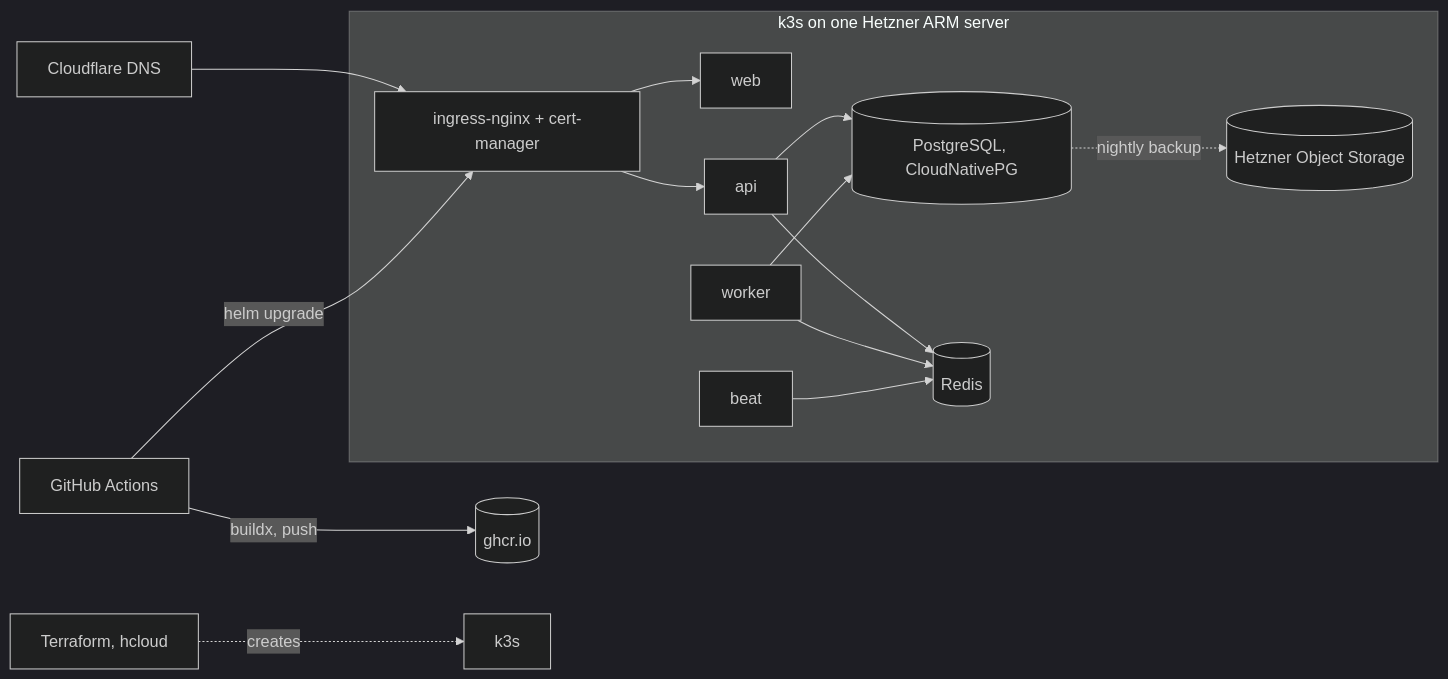
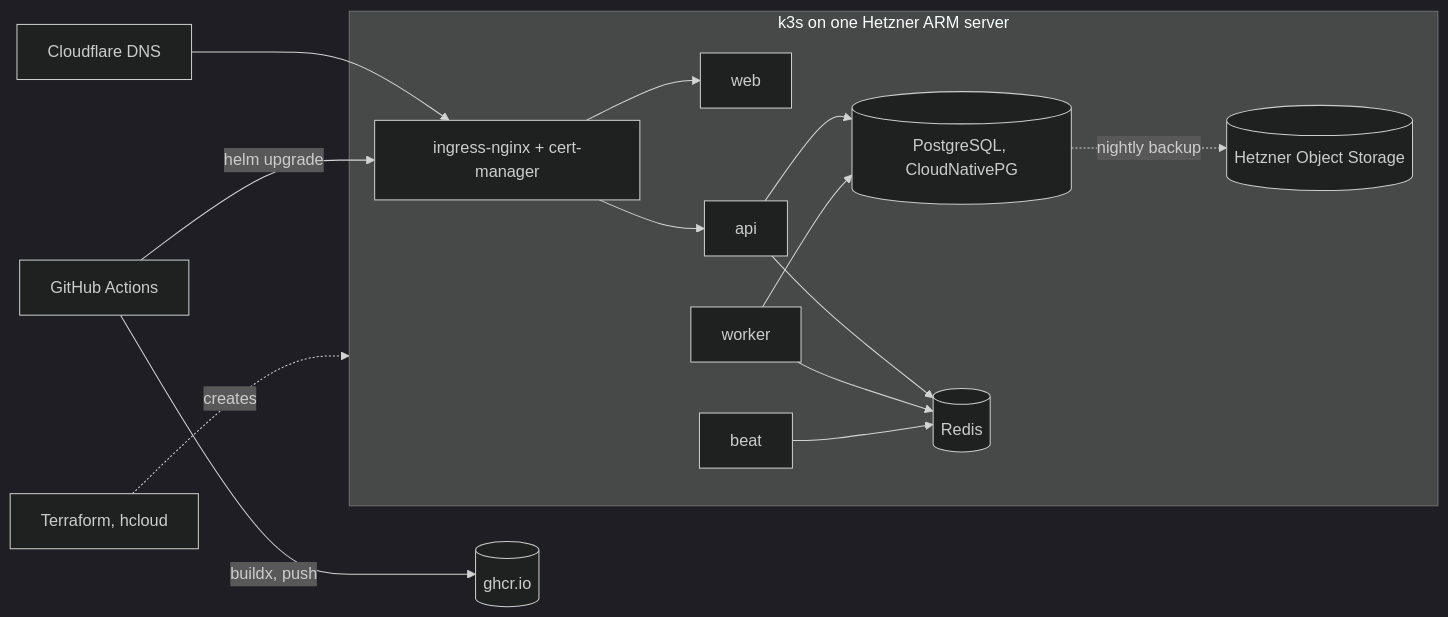
Before and after one commit to AlitalipSever/travel-agency: the sixth of 6 diagrams in docs/02-architecture.md, drawn with Mermaid (dark theme). The commit also changed other lines of this file and 2 other files, not shown here.

First line of the commit message:
Diagrams drawn as plain Mermaid flowcharts for renderer compatibility

````diff
--- a/docs/02-architecture.md
+++ b/docs/02-architecture.md
@@ -317,17 +325,17 @@
 ```mermaid
 flowchart LR
-  dns[Cloudflare DNS] --> ing[ingress-nginx + cert-manager]
-  subgraph k3s on one Hetzner ARM server
-    ing --> web
-    ing --> api
-    api --> pg[(PostgreSQL, CloudNativePG)]
-    api --> redis[(Redis)]
-    worker --> redis
+  dns["Cloudflare DNS"] --> ing["ingress-nginx + cert-manager"]
+  subgraph node["k3s on one Hetzner ARM server"]
+    ing --> web["web"]
+    ing --> api["api"]
+    api --> pg[("PostgreSQL, CloudNativePG")]
+    api --> redis[("Redis")]
+    worker["worker"] --> redis
     worker --> pg
-    beat --> redis
-    pg -. nightly backup .-> s3[(Hetzner Object Storage)]
+    beat["beat"] --> redis
+    pg -. "nightly backup" .-> s3[("Hetzner Object Storage")]
   end
-  gh[GitHub Actions] -- buildx, push --> ghcr[(ghcr.io)]
-  gh -- helm upgrade --> ing
-  tf[Terraform, hcloud] -. creates .-> k3s
+  gh["GitHub Actions"] -- "buildx, push" --> ghcr[("ghcr.io")]
+  gh -- "helm upgrade" --> ing
+  tf["Terraform, hcloud"] -. "creates" .-> node
 ```
````
